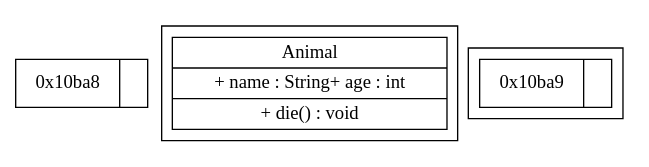
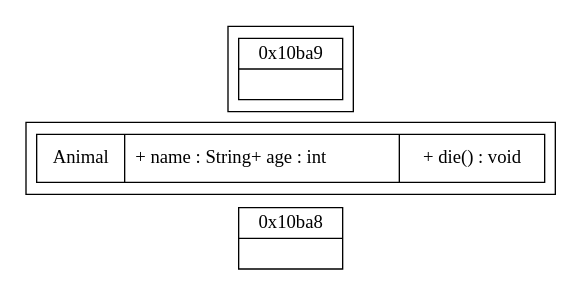
The diagram in dpdk/内存管理.md (sisyphus1212/note), drawn with Graphviz before and after one commit.

Commit message:
auto_update

````diff
--- a/dpdk/内存管理.md
+++ b/dpdk/内存管理.md
@@ -16,20 +16,20 @@
 ```graphviz
 digraph {
-	rankdir=TB;
+	rankdir=LR;
 	"node0" [
 		label = "0x10ba8| <f1>"
 		shape = "record"
 	];
 	subgraph cluster_0 {
-		Animal[label = "{Animal | + name : String+ age : int |+ die() : void}", shape = "record" ];
+		Animal[label = "{Animal | + name : String+ age : int\l |+ die() : void}", shape = "record" ];
 	}
 	subgraph cluster_1 {
 		"node1" [
 			label = "0x10ba9| <f1>"
 			shape = "record"
 		];
 	}
 }
 
 
 ```
````
